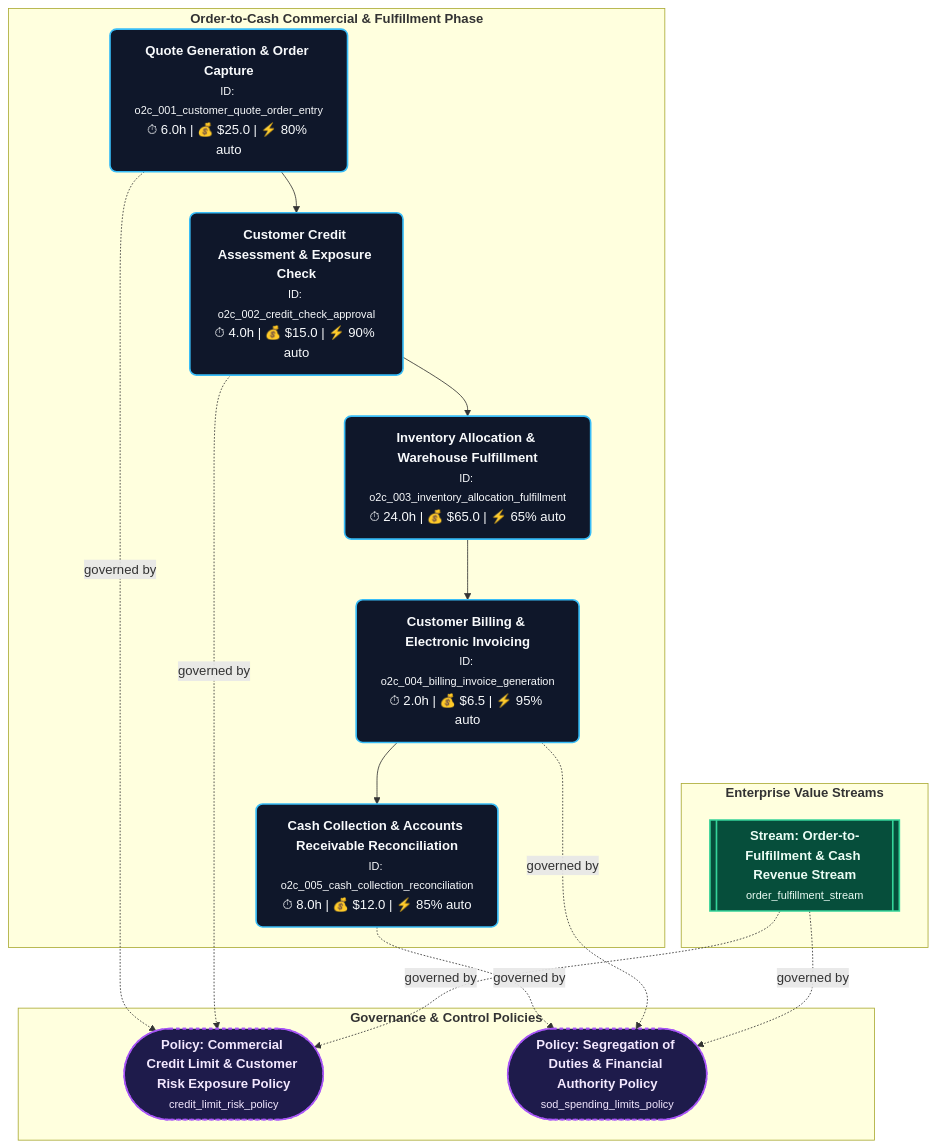
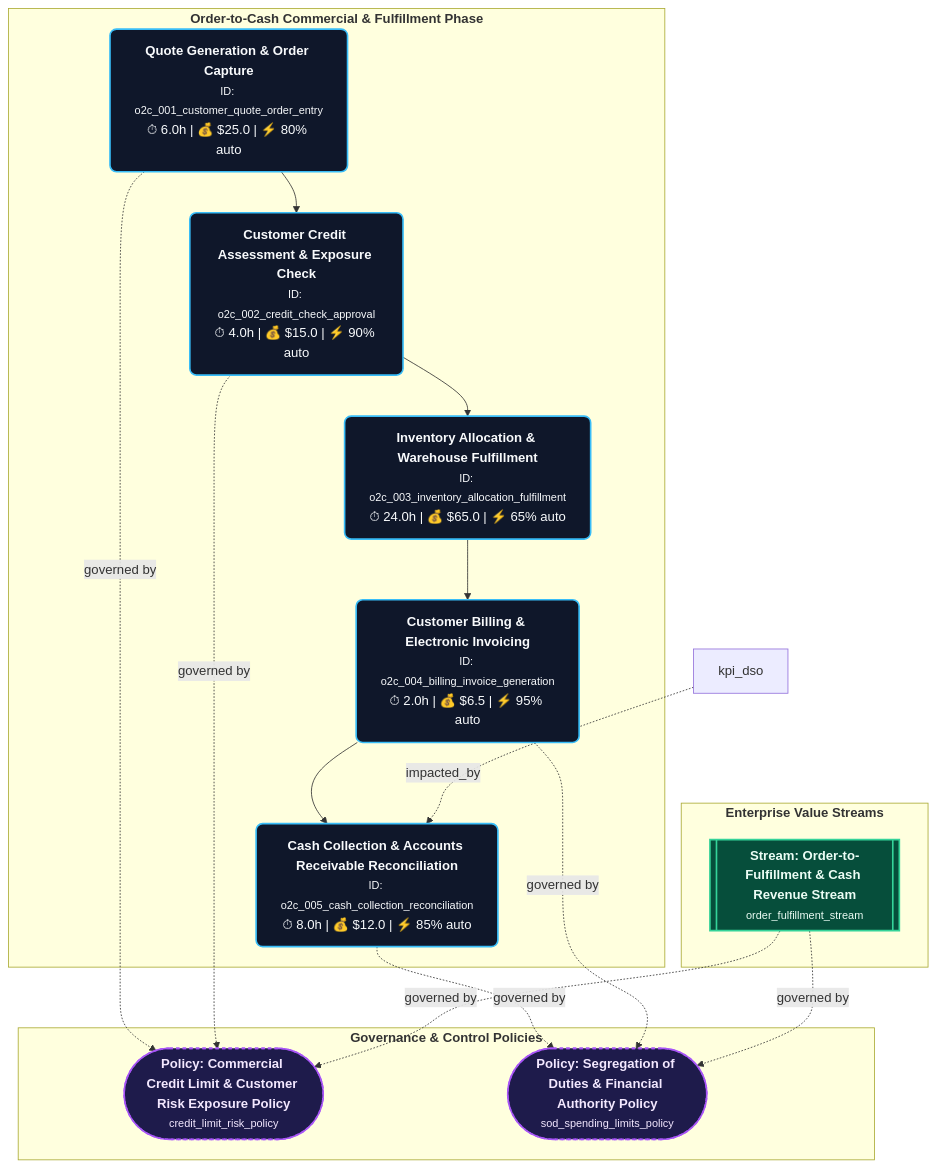
The diagram in index/diagram_process_flow_o2c.mmd (GeorgeYinDev/ValueChainModel), drawn with Mermaid before and after one commit. The commit also changed 41 other files, not shown here.

Commit message:
feat(phase6): Model Enrichment & Graph Expansion complete

```diff
--- a/index/diagram_process_flow_o2c.mmd
+++ b/index/diagram_process_flow_o2c.mmd
@@ -1,34 +1,35 @@
 flowchart TD
   %% Style Classes
   classDef processStep fill:#0f172a,stroke:#38bdf8,stroke-width:2px,color:#f8fafc,rx:8,ry:8;
   classDef controlPolicy fill:#1e1b4b,stroke:#a855f7,stroke-width:2px,stroke-dasharray: 4 4,color:#f3e8ff,rx:4,ry:4;
   classDef valueStream fill:#064e3b,stroke:#34d399,stroke-width:2px,color:#ecfdf5,rx:12,ry:12;
 
   subgraph Subgraph_ValueStreams ["<b>Enterprise Value Streams</b>"]
     order_fulfillment_stream[["<b>Stream: Order-to-Fulfillment &amp; Cash Revenue Stream</b><br/><small>order_fulfillment_stream</small>"]]:::valueStream
   end
 
   subgraph Subgraph_O2C ["<b>Order-to-Cash Commercial & Fulfillment Phase</b>"]
     o2c_001_customer_quote_order_entry["<b>Quote Generation &amp; Order Capture</b><br/><small>ID: o2c_001_customer_quote_order_entry</small><br/>⏱ 6.0h | 💰 $25.0 | ⚡ 80% auto"]:::processStep
     o2c_002_credit_check_approval["<b>Customer Credit Assessment &amp; Exposure Check</b><br/><small>ID: o2c_002_credit_check_approval</small><br/>⏱ 4.0h | 💰 $15.0 | ⚡ 90% auto"]:::processStep
     o2c_003_inventory_allocation_fulfillment["<b>Inventory Allocation &amp; Warehouse Fulfillment</b><br/><small>ID: o2c_003_inventory_allocation_fulfillment</small><br/>⏱ 24.0h | 💰 $65.0 | ⚡ 65% auto"]:::processStep
     o2c_004_billing_invoice_generation["<b>Customer Billing &amp; Electronic Invoicing</b><br/><small>ID: o2c_004_billing_invoice_generation</small><br/>⏱ 2.0h | 💰 $6.5 | ⚡ 95% auto"]:::processStep
     o2c_005_cash_collection_reconciliation["<b>Cash Collection &amp; Accounts Receivable Reconciliation</b><br/><small>ID: o2c_005_cash_collection_reconciliation</small><br/>⏱ 8.0h | 💰 $12.0 | ⚡ 85% auto"]:::processStep
   end
 
   subgraph Subgraph_Governance ["<b>Governance & Control Policies</b>"]
     credit_limit_risk_policy(["<b>Policy: Commercial Credit Limit &amp; Customer Risk Exposure Policy</b><br/><small>credit_limit_risk_policy</small>"]):::controlPolicy
     sod_spending_limits_policy(["<b>Policy: Segregation of Duties &amp; Financial Authority Policy</b><br/><small>sod_spending_limits_policy</small>"]):::controlPolicy
   end
 
   %% Process Flows & Policy Linkages
   o2c_001_customer_quote_order_entry --> o2c_002_credit_check_approval
   o2c_001_customer_quote_order_entry -. governed by .-> credit_limit_risk_policy
   o2c_005_cash_collection_reconciliation -. governed by .-> sod_spending_limits_policy
   o2c_003_inventory_allocation_fulfillment --> o2c_004_billing_invoice_generation
   o2c_002_credit_check_approval --> o2c_003_inventory_allocation_fulfillment
   o2c_002_credit_check_approval -. governed by .-> credit_limit_risk_policy
   o2c_004_billing_invoice_generation --> o2c_005_cash_collection_reconciliation
   o2c_004_billing_invoice_generation -. governed by .-> sod_spending_limits_policy
   order_fulfillment_stream -. governed by .-> credit_limit_risk_policy
   order_fulfillment_stream -. governed by .-> sod_spending_limits_policy
+  kpi_dso -. impacted_by .-> o2c_005_cash_collection_reconciliation
```
